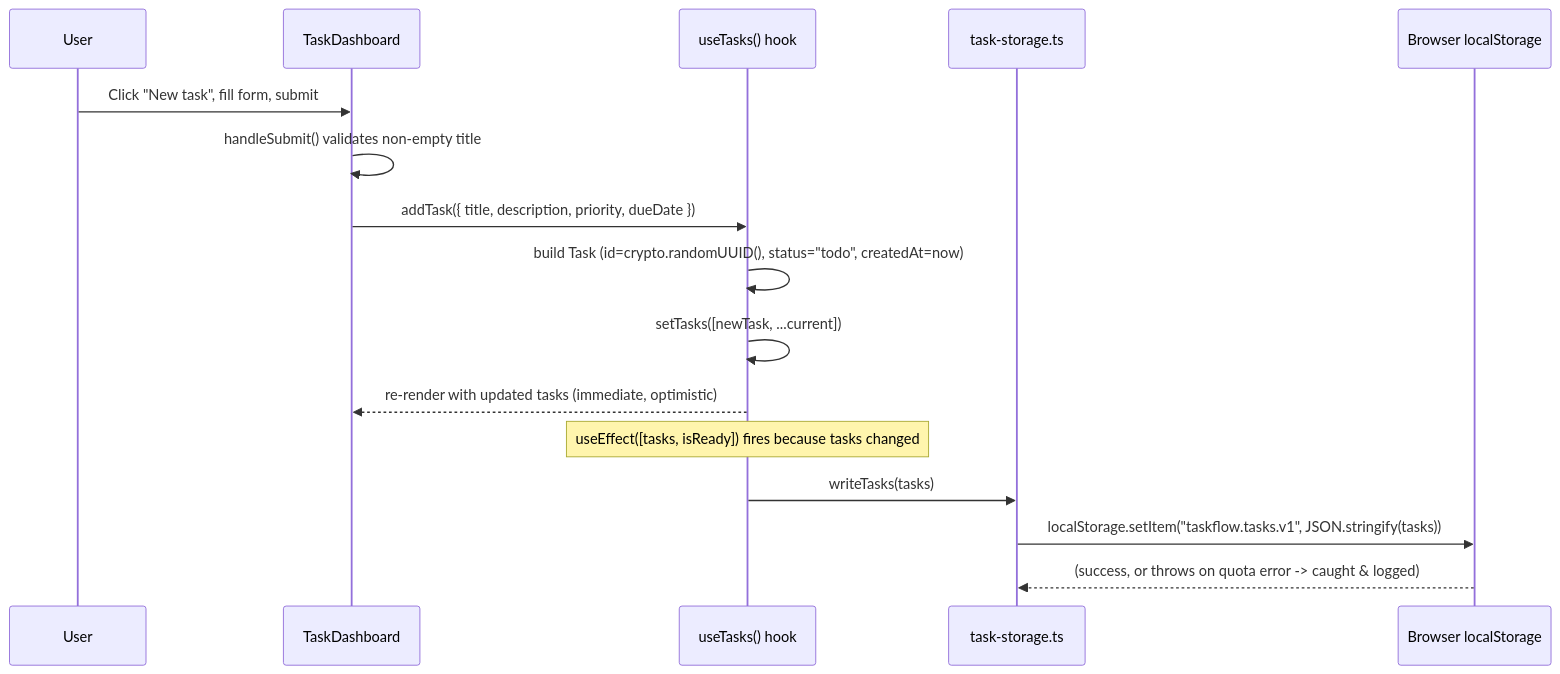
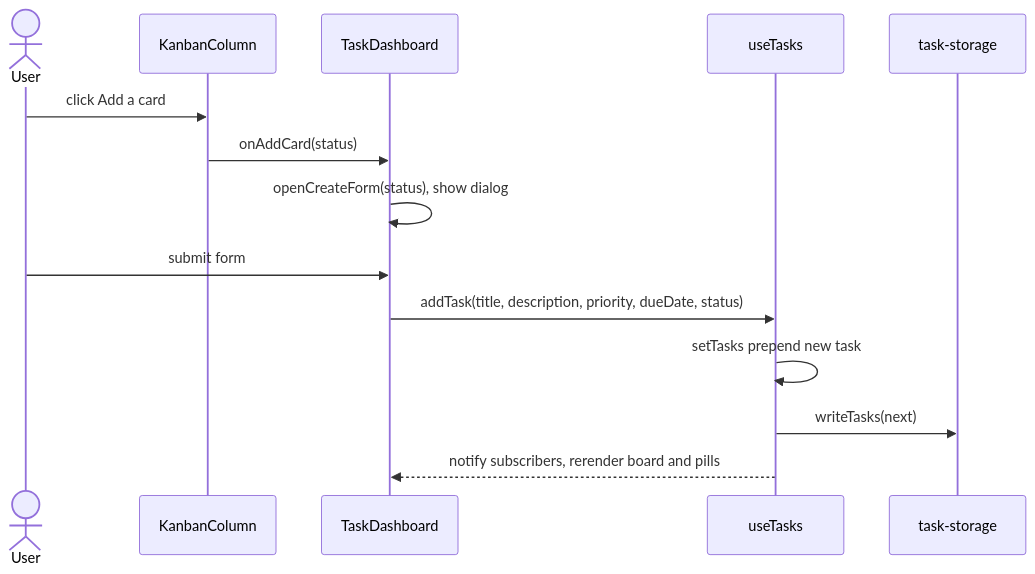
Before and after one commit to isrikanthchintu/taskflow-nextjs: the second of 4 diagrams in aidlc/spaces/default/codekb/taskflow-nextjs/architecture.md, drawn with Mermaid. The commit also changed other lines of this file and 272 other files, not shown here.

First line of the commit message:
Turn TaskFlow into a Trello-style board with themes, boards and rules

````diff
--- a/aidlc/spaces/default/codekb/taskflow-nextjs/architecture.md
+++ b/aidlc/spaces/default/codekb/taskflow-nextjs/architecture.md
@@ -61,19 +64,16 @@
 ```mermaid
 sequenceDiagram
-    participant User
-    participant TaskDashboard
-    participant useTasks as useTasks() hook
-    participant TaskStorage as task-storage.ts
-    participant LocalStorage as Browser localStorage
-
-    User->>TaskDashboard: Click "New task", fill form, submit
-    TaskDashboard->>TaskDashboard: handleSubmit() validates non-empty title
-    TaskDashboard->>useTasks: addTask({ title, description, priority, dueDate })
-    useTasks->>useTasks: build Task (id=crypto.randomUUID(), status="todo", createdAt=now)
-    useTasks->>useTasks: setTasks([newTask, ...current])
-    useTasks-->>TaskDashboard: re-render with updated tasks (immediate, optimistic)
-    Note over useTasks: useEffect([tasks, isReady]) fires because tasks changed
-    useTasks->>TaskStorage: writeTasks(tasks)
-    TaskStorage->>LocalStorage: localStorage.setItem("taskflow.tasks.v1", JSON.stringify(tasks))
-    LocalStorage-->>TaskStorage: (success, or throws on quota error -> caught & logged)
+  actor User
+  participant Col as KanbanColumn
+  participant Dash as TaskDashboard
+  participant Hook as useTasks
+  participant Store as task-storage
+  User->>Col: click Add a card
+  Col->>Dash: onAddCard(status)
+  Dash->>Dash: openCreateForm(status), show dialog
+  User->>Dash: submit form
+  Dash->>Hook: addTask(title, description, priority, dueDate, status)
+  Hook->>Hook: setTasks prepend new task
+  Hook->>Store: writeTasks(next)
+  Hook-->>Dash: notify subscribers, rerender board and pills
 ```
````
